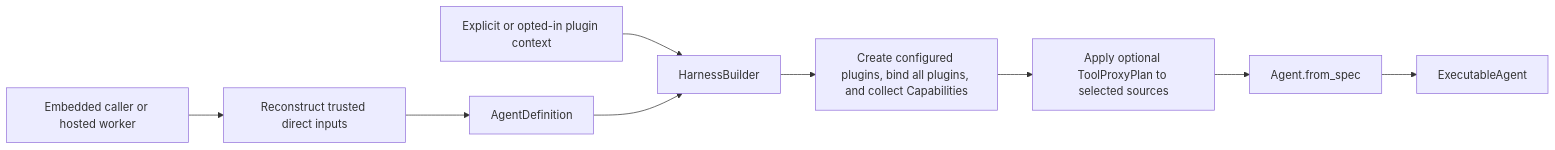
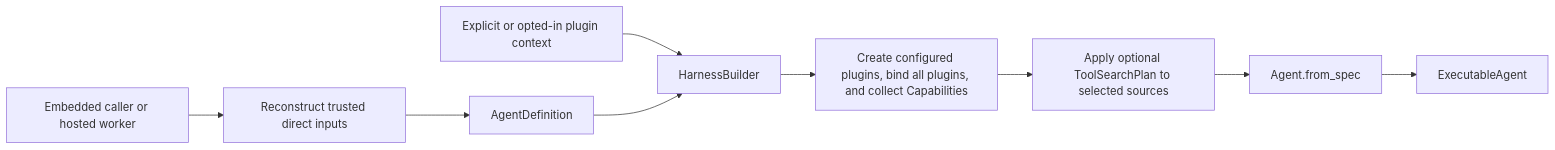
Before and after one commit to converge-ai-labs/agent-foundation: the first of 2 diagrams in spec/a13n-harness/03-agent-definition-and-build.md, drawn with Mermaid. The commit also changed other lines of this file and 94 other files, not shown here.

First line of the commit message:
feat(harness)!: unify grouped tool discovery under ToolSearch

````diff
--- a/spec/a13n-harness/03-agent-definition-and-build.md
+++ b/spec/a13n-harness/03-agent-definition-and-build.md
@@ -9,11 +9,11 @@
 ```mermaid
 flowchart LR
     Host[Embedded caller or hosted worker] --> Reconstruct[Reconstruct trusted direct inputs]
     Reconstruct --> Definition[AgentDefinition]
     Config[Explicit or opted-in plugin context] --> Builder[HarnessBuilder]
     Definition --> Builder
     Builder --> Plugins[Create configured plugins, bind all plugins, and collect Capabilities]
-    Plugins --> Presentation[Apply optional ToolProxyPlan to selected sources]
+    Plugins --> Presentation[Apply optional ToolSearchPlan to selected sources]
     Presentation --> FromSpec[Agent.from_spec]
     FromSpec --> Executable[ExecutableAgent]
 ```
````
